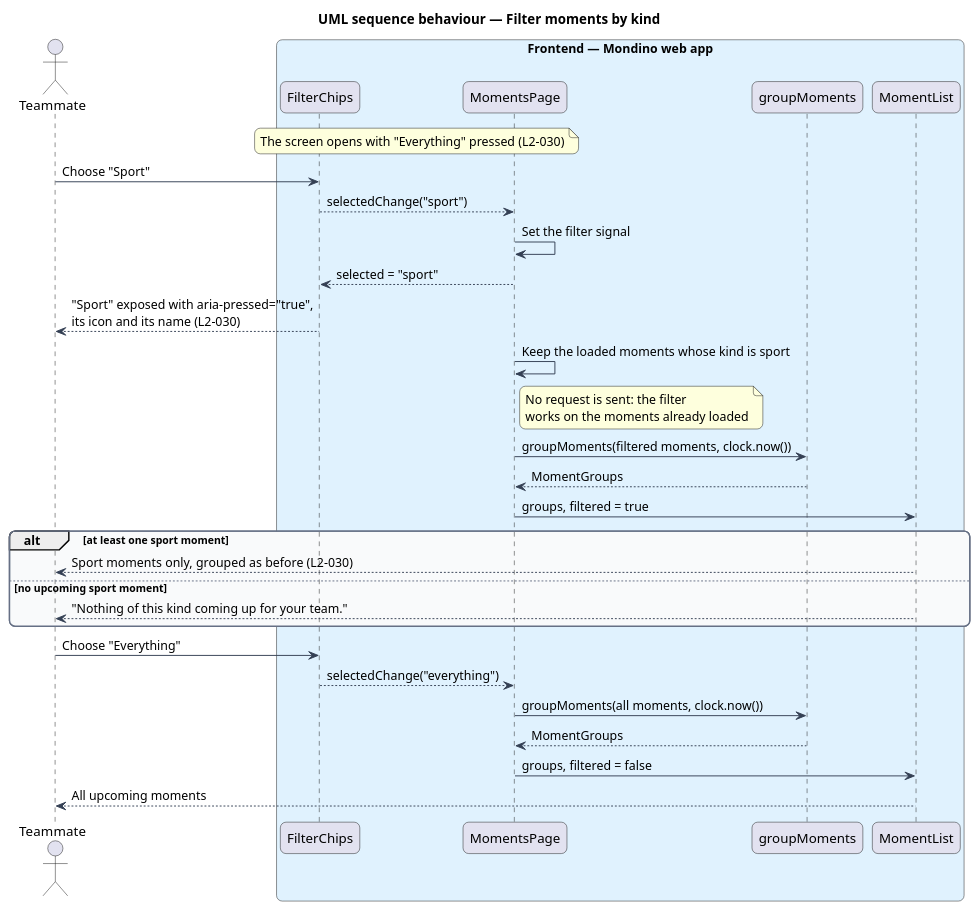
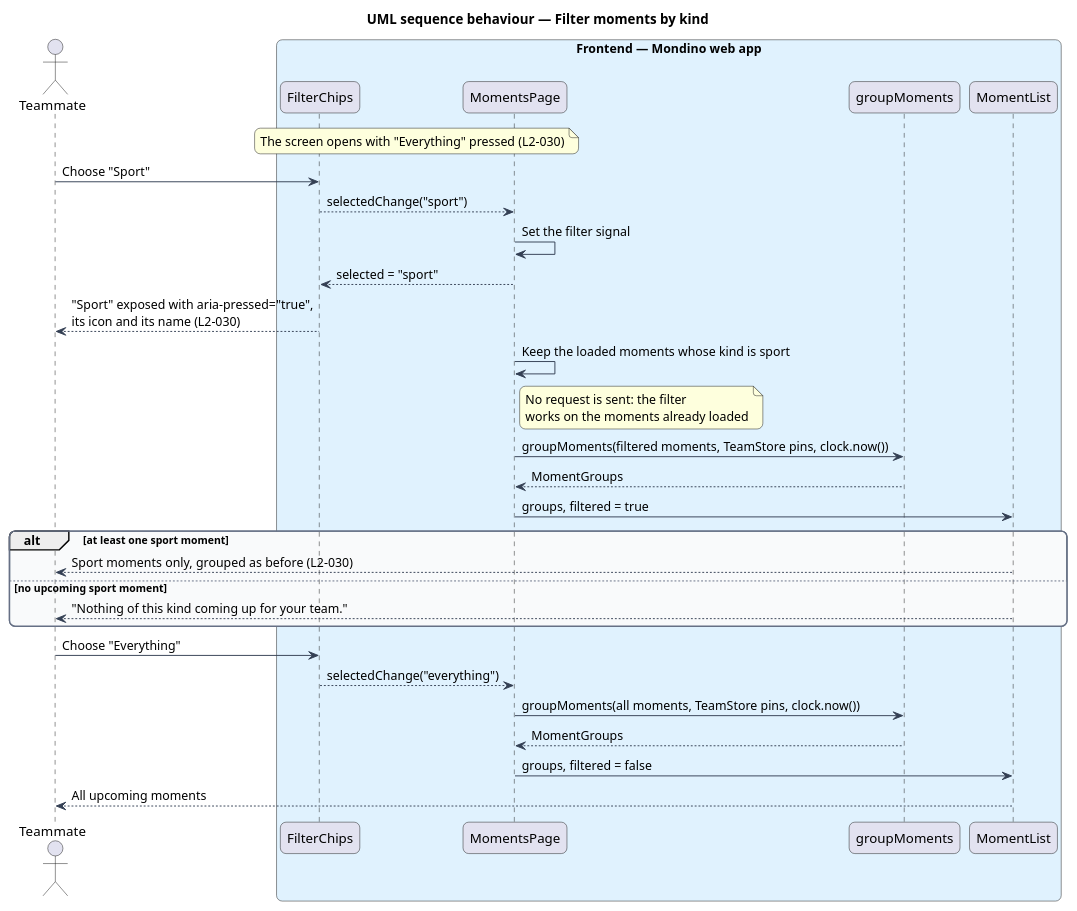
One commit to QuinntyneBrown/Mondino changed the diagram in docs/detailed-designs/moments/list-moments/diagrams/sequence-filter-by-kind.puml. Above: the diagram before and after it, drawn with PlantUML. The commit also changed 11 other files, not shown here.

```diff
--- a/docs/detailed-designs/moments/list-moments/diagrams/sequence-filter-by-kind.puml
+++ b/docs/detailed-designs/moments/list-moments/diagrams/sequence-filter-by-kind.puml
@@ -1,47 +1,47 @@
 @startuml
 title UML sequence behaviour — Filter moments by kind
 skinparam backgroundColor #FFFFFF
 skinparam shadowing false
 skinparam roundcorner 12
 skinparam defaultFontName Arial
 skinparam ArrowColor #344054
 skinparam rectangle {
   BorderColor #344054
   FontColor #101828
 }
 skinparam package {
   BorderColor #667085
   FontColor #101828
   BackgroundColor #F9FAFB
 }
 actor "Teammate" as actor
 box "Frontend — Mondino web app" #E0F2FE
   participant "FilterChips" as chips
   participant "MomentsPage" as page
   participant "groupMoments" as group
   participant "MomentList" as list
 end box
 
 note over chips, page : The screen opens with "Everything" pressed (L2-030)
 actor -> chips : Choose "Sport"
 chips --> page : selectedChange("sport")
 page -> page : Set the filter signal
 page --> chips : selected = "sport"
 chips --> actor : "Sport" exposed with aria-pressed="true",\nits icon and its name (L2-030)
 page -> page : Keep the loaded moments whose kind is sport
 note right of page : No request is sent: the filter\nworks on the moments already loaded
-page -> group : groupMoments(filtered moments, clock.now())
+page -> group : groupMoments(filtered moments, TeamStore pins, clock.now())
 group --> page : MomentGroups
 page -> list : groups, filtered = true
 alt at least one sport moment
   list --> actor : Sport moments only, grouped as before (L2-030)
 else no upcoming sport moment
   list --> actor : "Nothing of this kind coming up for your team."
 end
 actor -> chips : Choose "Everything"
 chips --> page : selectedChange("everything")
-page -> group : groupMoments(all moments, clock.now())
+page -> group : groupMoments(all moments, TeamStore pins, clock.now())
 group --> page : MomentGroups
 page -> list : groups, filtered = false
 list --> actor : All upcoming moments
 @enduml
```
